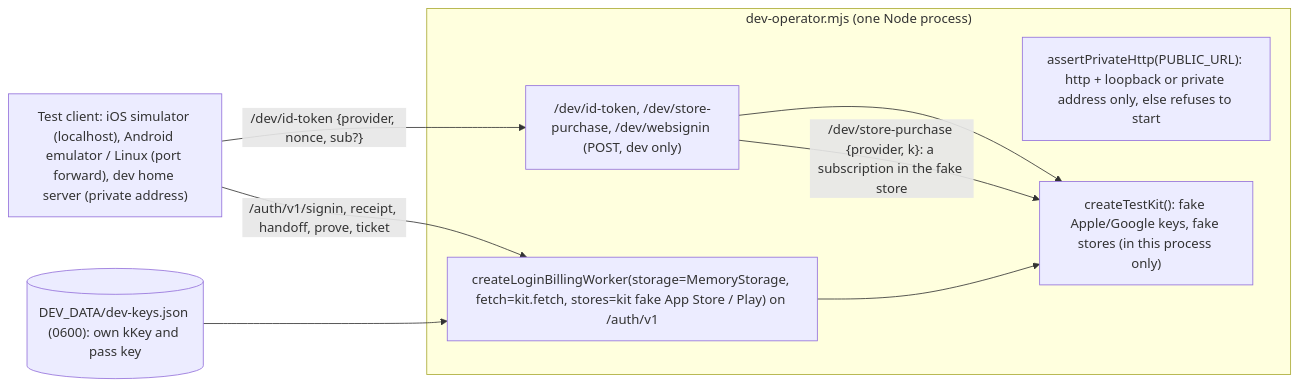
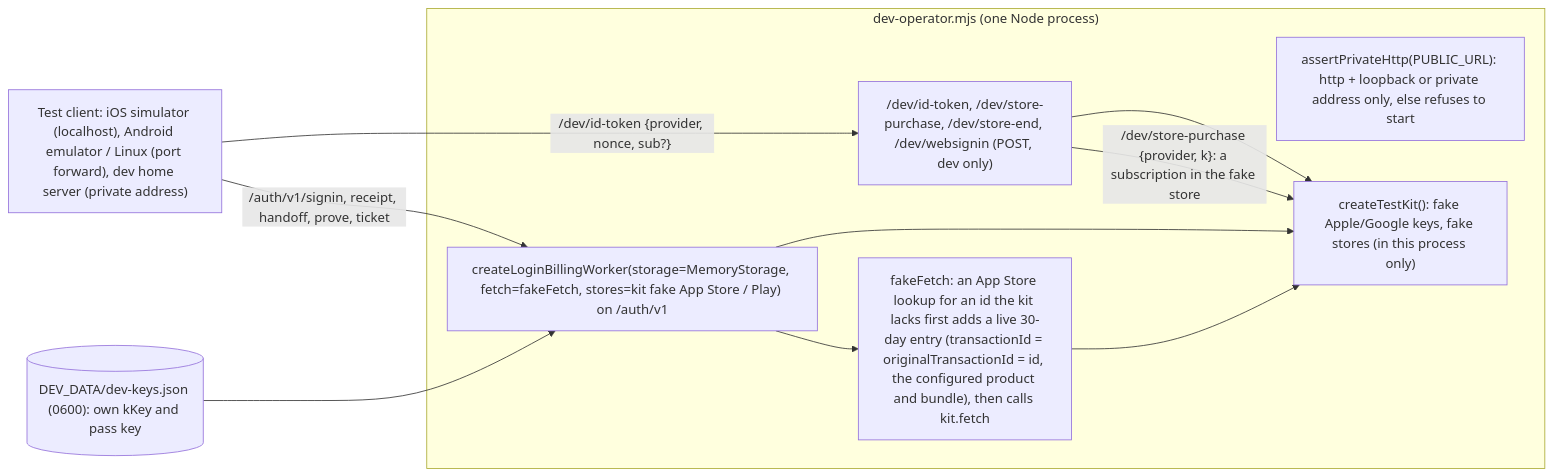
The second of 2 diagrams in services/subscriptions/README.md (kitepon/BellTeam), drawn with Mermaid before and after one commit. The commit also changed other lines of this file and 2 other files, not shown here.

Commit message:
a522: dev operator reads an unknown App Store transaction back as live (Xcode StoreKit test), /dev/store-end for ended

````diff
--- a/services/subscriptions/README.md
+++ b/services/subscriptions/README.md
@@ -71,15 +71,17 @@
 ```mermaid
 flowchart LR
   Test["Test client: iOS simulator (localhost), Android emulator / Linux (port forward), dev home server (private address)"]
   subgraph D["dev-operator.mjs (one Node process)"]
     Gate["assertPrivateHttp(PUBLIC_URL): http + loopback or private address only, else refuses to start"]
-    Dev["/dev/id-token, /dev/store-purchase, /dev/websignin (POST, dev only)"]
-    Mount["createLoginBillingWorker(storage=MemoryStorage, fetch=kit.fetch, stores=kit fake App Store / Play) on /auth/v1"]
+    Dev["/dev/id-token, /dev/store-purchase, /dev/store-end, /dev/websignin (POST, dev only)"]
+    Mount["createLoginBillingWorker(storage=MemoryStorage, fetch=fakeFetch, stores=kit fake App Store / Play) on /auth/v1"]
+    Wrap["fakeFetch: an App Store lookup for an id the kit lacks first adds a live 30-day entry (transactionId = originalTransactionId = id, the configured product and bundle), then calls kit.fetch"]
     Kit["createTestKit(): fake Apple/Google keys, fake stores (in this process only)"]
   end
   Keys[("DEV_DATA/dev-keys.json (0600): own kKey and pass key")]
   Test -->|"/dev/id-token {provider, nonce, sub?}"| Dev --> Kit
   Test -->|"/auth/v1/signin, receipt, handoff, prove, ticket"| Mount --> Kit
   Dev -->|"/dev/store-purchase {provider, k}: a subscription in the fake store"| Kit
+  Mount --> Wrap --> Kit
   Keys --> Mount
 ```
````
